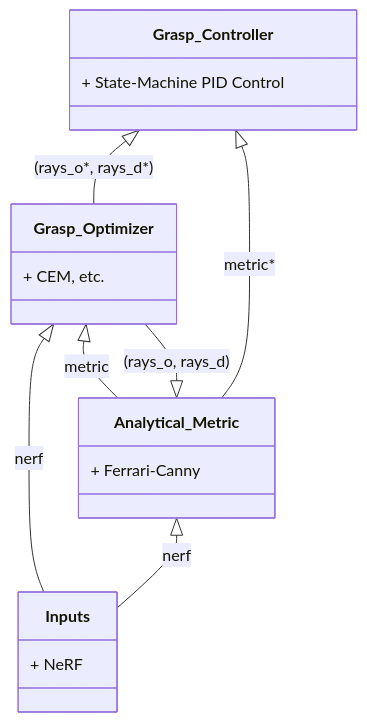
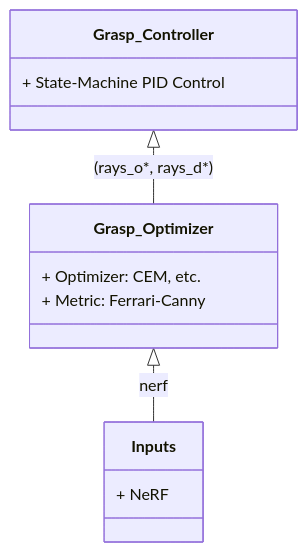
Before and after one commit to tylerlum/nerf_grasping: the second of 5 diagrams in README.md, drawn with Mermaid. The commit also changed other lines of this file, not shown here.

````diff
--- a/README.md
+++ b/README.md
@@ -37,24 +29,16 @@
 ```mermaid
 classDiagram
     Grasp_Optimizer <|-- Inputs: nerf
-    Analytical_Metric <|-- Inputs: nerf
-
-    Analytical_Metric <|-- Grasp_Optimizer: (rays_o, rays_d)
-
     Grasp_Controller <|-- Grasp_Optimizer: (rays_o*, rays_d*)
-    Grasp_Optimizer <|-- Analytical_Metric: metric
-    Grasp_Controller <|-- Analytical_Metric: metric*
 
     class Grasp_Controller{
       + State-Machine PID Control
     }
-    class Analytical_Metric{
-      + Ferrari-Canny
-    }
     class Grasp_Optimizer{
-      + CEM, etc.
+      + Optimizer: CEM, etc.
+      + Metric: Ferrari-Canny
     }
     class Inputs{
       + NeRF
     }
 ```
````
